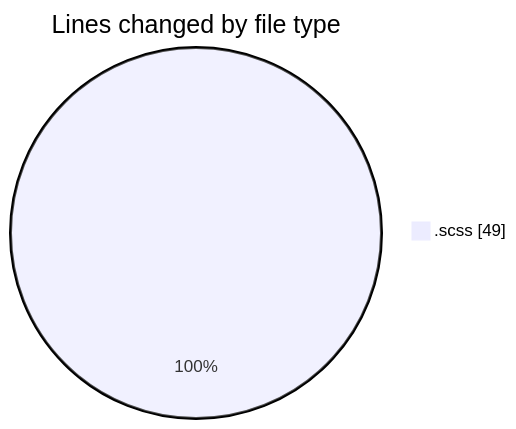
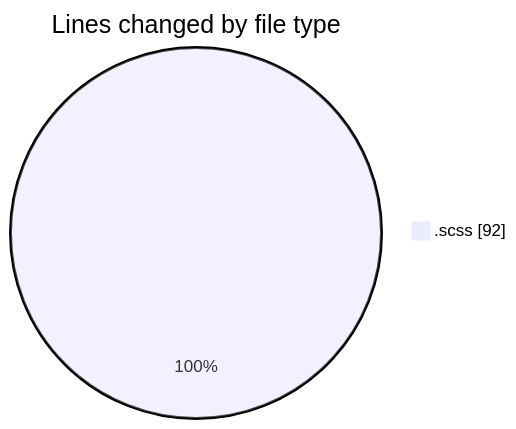
One commit to momahboobian/code-tracking changed the first of 2 diagrams in 2025-03-05/cda/README.md. Above: the diagram before and after it, drawn with Mermaid. The commit also changed other lines of this file and 1 other file, not shown here.

````diff
--- a/2025-03-05/cda/README.md
+++ b/2025-03-05/cda/README.md
@@ -20,5 +20,5 @@
 ```mermaid
 pie showData
 title Lines changed by file type
-".scss" : 49
+".scss" : 92
 ```
````
